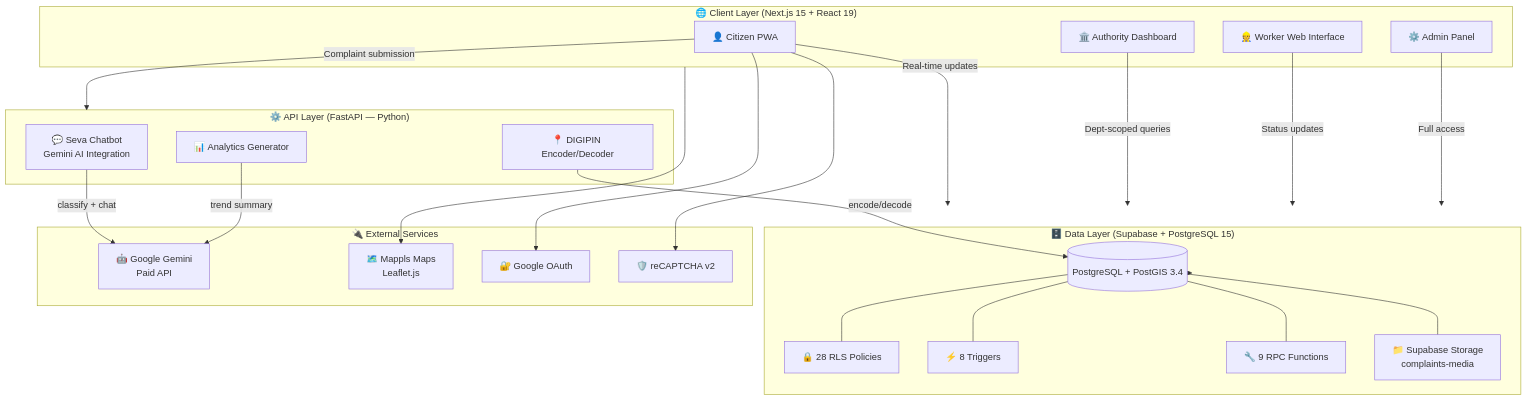
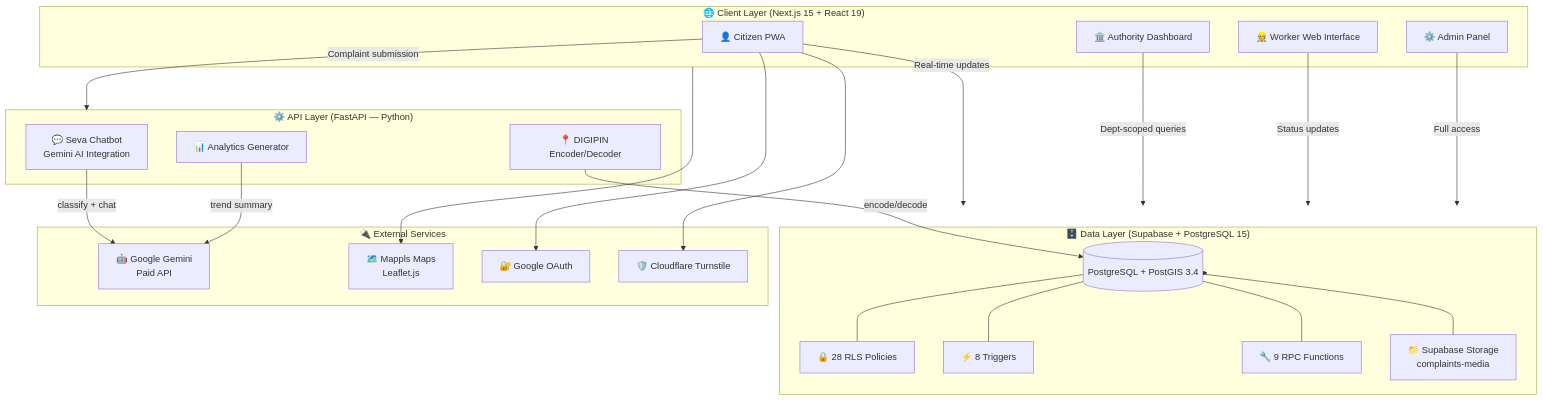
Before and after one commit to MrPanda009/ps-crmdev1: the fifth of 5 diagrams in README.md, drawn with Mermaid. The commit also changed other lines of this file and 24 other files, not shown here.

````diff
--- a/README.md
+++ b/README.md
@@ -687,50 +687,50 @@
 ```mermaid
 graph TD
     subgraph Client["🌐 Client Layer (Next.js 15 + React 19)"]
         CIT[👤 Citizen PWA]
         AUTH[🏛️ Authority Dashboard]
         WRK[👷 Worker Web Interface]
         ADM[⚙️ Admin Panel]
     end
 
     subgraph API["⚙️ API Layer (FastAPI — Python)"]
         SEVA[💬 Seva Chatbot\nGemini AI Integration]
         DGP[📍 DIGIPIN Encoder/Decoder]
         ANLX[📊 Analytics Generator]
     end
 
     subgraph DB["🗄️ Data Layer (Supabase + PostgreSQL 15)"]
         PG[(PostgreSQL + PostGIS 3.4)]
         RLS[🔒 28 RLS Policies]
         TRG[⚡ 8 Triggers]
         RPC[🔧 9 RPC Functions]
         STR[📁 Supabase Storage\ncomplaints-media]
     end
 
     subgraph EXT["🔌 External Services"]
         GMN[🤖 Google Gemini\nPaid API]
         MAPS[🗺️ Mappls Maps\nLeaflet.js]
         GAUTH[🔐 Google OAuth]
-        RCAP[🛡️ reCAPTCHA v2]
+        RCAP[🛡️ Cloudflare Turnstile]
     end
 
     CIT -->|Complaint submission| API
     CIT -->|Real-time updates| DB
     AUTH -->|Dept-scoped queries| DB
     WRK -->|Status updates| DB
     ADM -->|Full access| DB
 
     SEVA -->|classify + chat| GMN
     DGP -->|encode/decode| PG
     ANLX -->|trend summary| GMN
 
     DB --> PG
     PG --- RLS
     PG --- TRG
     PG --- RPC
     PG --- STR
 
     CIT --> GAUTH
     CIT --> RCAP
     Client --> MAPS
 ```
````
